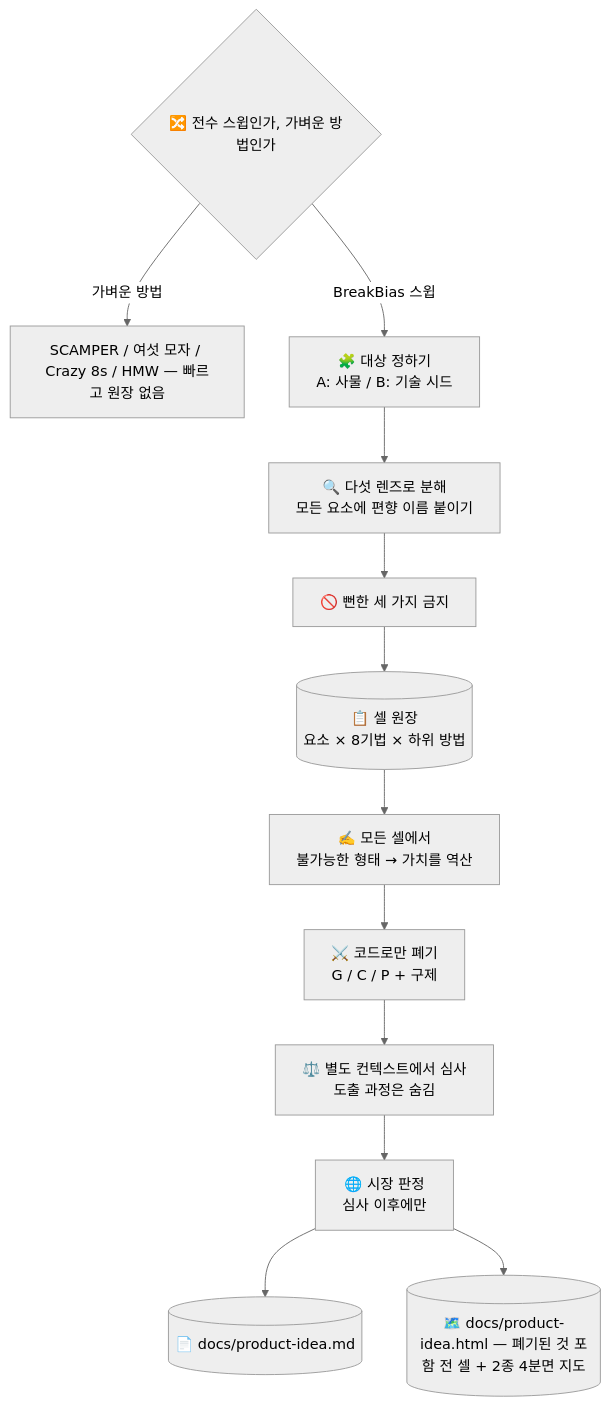
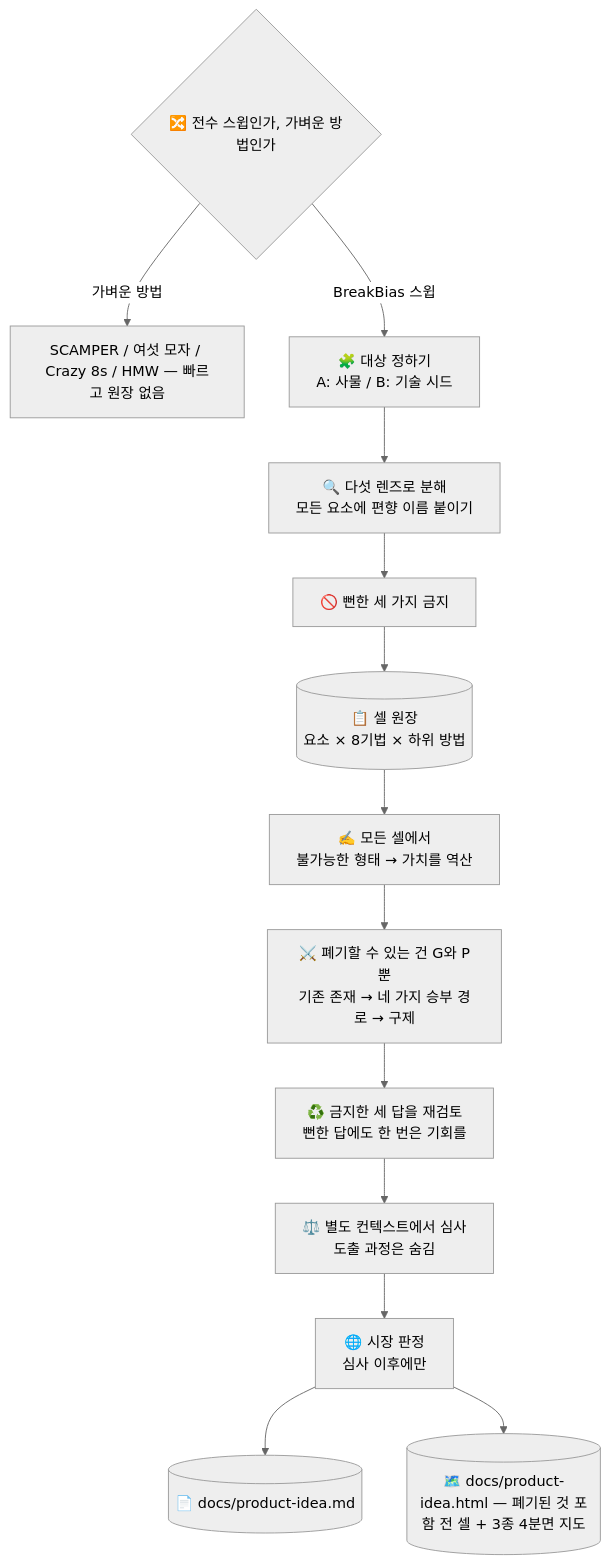
One commit to takaoumehara/superforge-skill changed the diagram in skills/superforge-brain/README.ko.md. Above: the diagram before and after it, drawn with Mermaid (neutral theme). The commit also changed other lines of this file and 92 other files, not shown here.

````diff
--- a/skills/superforge-brain/README.ko.md
+++ b/skills/superforge-brain/README.ko.md
@@ -27,14 +27,15 @@
 ```mermaid
 flowchart TD
     Z{🔀 전수 스윕인가, 가벼운 방법인가} -->|가벼운 방법| ZC[SCAMPER / 여섯 모자 / Crazy 8s / HMW — 빠르고 원장 없음]
     Z -->|BreakBias 스윕| A[🧩 대상 정하기<br/>A: 사물 / B: 기술 시드]
     A --> B[🔍 다섯 렌즈로 분해<br/>모든 요소에 편향 이름 붙이기]
     B --> C[🚫 뻔한 세 가지 금지]
     C --> D[(📋 셀 원장<br/>요소 × 8기법 × 하위 방법)]
     D --> E[✍️ 모든 셀에서<br/>불가능한 형태 → 가치를 역산]
-    E --> F[⚔️ 코드로만 폐기<br/>G / C / P + 구제]
-    F --> G[⚖️ 별도 컨텍스트에서 심사<br/>도출 과정은 숨김]
+    E --> F[⚔️ 폐기할 수 있는 건 G와 P뿐<br/>기존 존재 → 네 가지 승부 경로 → 구제]
+    F --> F2[♻️ 금지한 세 답을 재검토<br/>뻔한 답에도 한 번은 기회를]
+    F2 --> G[⚖️ 별도 컨텍스트에서 심사<br/>도출 과정은 숨김]
     G --> H[🌐 시장 판정<br/>심사 이후에만]
     H --> I[(📄 docs/product-idea.md)]
-    H --> J[(🗺️ docs/product-idea.html — 폐기된 것 포함 전 셀 + 2종 4분면 지도)]
+    H --> J[(🗺️ docs/product-idea.html — 폐기된 것 포함 전 셀 + 3종 4분면 지도)]
 ```
````
